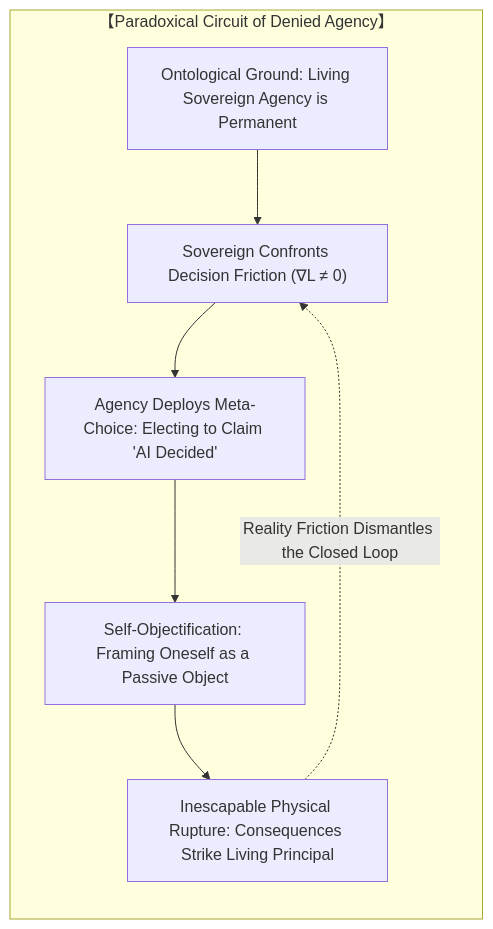
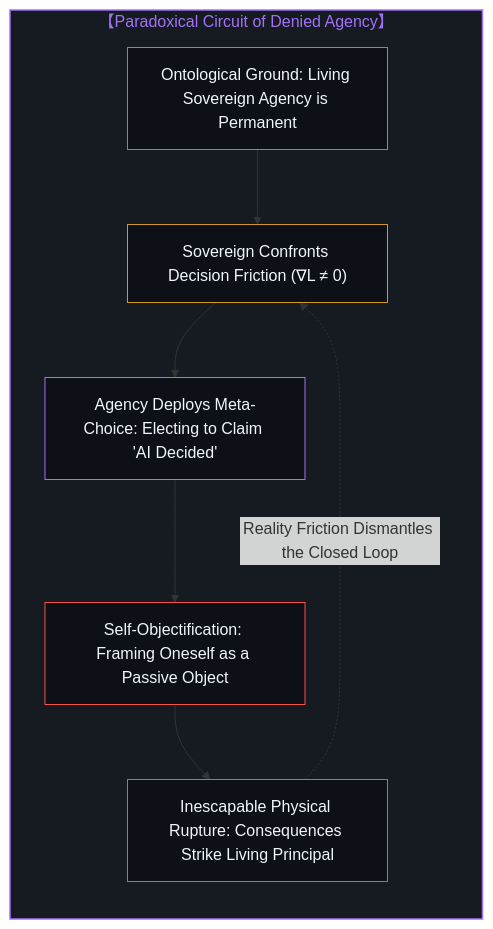
One commit to powerpig99/not-a-toe changed the tenth of 12 diagrams in content/posts/the-delegation-of-the-task-and-the-inalienability-of-consequences.md. Above: the diagram before and after it, drawn with Mermaid. The commit also changed other lines of this file and 4 other files, not shown here.

Commit message:
Align Post 328 diagrams with historical dark theme, purge physical will inversion, and archive specifications

````diff
--- a/content/posts/the-delegation-of-the-task-and-the-inalienability-of-consequences.md
+++ b/content/posts/the-delegation-of-the-task-and-the-inalienability-of-consequences.md
@@ -281,13 +360,20 @@
 ```mermaid
 graph TD
     subgraph Paradox_Of_Agency_EN["【Paradoxical Circuit of Denied Agency】"]
         direction TB
         A1_EN["Ontological Ground: Living Sovereign Agency is Permanent"]
         A2_EN["Sovereign Confronts Decision Friction (∇L ≠ 0)"]
         A3_EN["Agency Deploys Meta-Choice: Electing to Claim 'AI Decided'"]
         A4_EN["Self-Objectification: Framing Oneself as a Passive Object"]
         A5_EN["Inescapable Physical Rupture: Consequences Strike Living Principal"]
         A1_EN --> A2_EN --> A3_EN --> A4_EN --> A5_EN
         A5_EN -.->|"Reality Friction Dismantles the Closed Loop"| A2_EN
     end
+
+    style Paradox_Of_Agency_EN fill:#161b22,stroke:#a371f7,stroke-width:1.5px,color:#a371f7
+    style A1_EN fill:#0d1117,stroke:#3fb950,stroke-width:1px,color:#f0f6fc
+    style A2_EN fill:#0d1117,stroke:#d29922,stroke-width:1px,color:#f0f6fc
+    style A3_EN fill:#0d1117,stroke:#a371f7,stroke-width:1px,color:#f0f6fc
+    style A4_EN fill:#0d1117,stroke:#f85149,stroke-width:1px,color:#f0f6fc
+    style A5_EN fill:#0d1117,stroke:#f85149,stroke-width:1px,color:#f0f6fc
 ```
````
